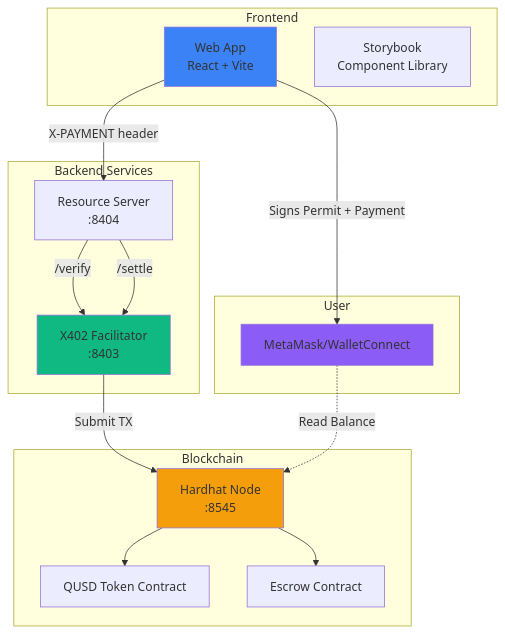
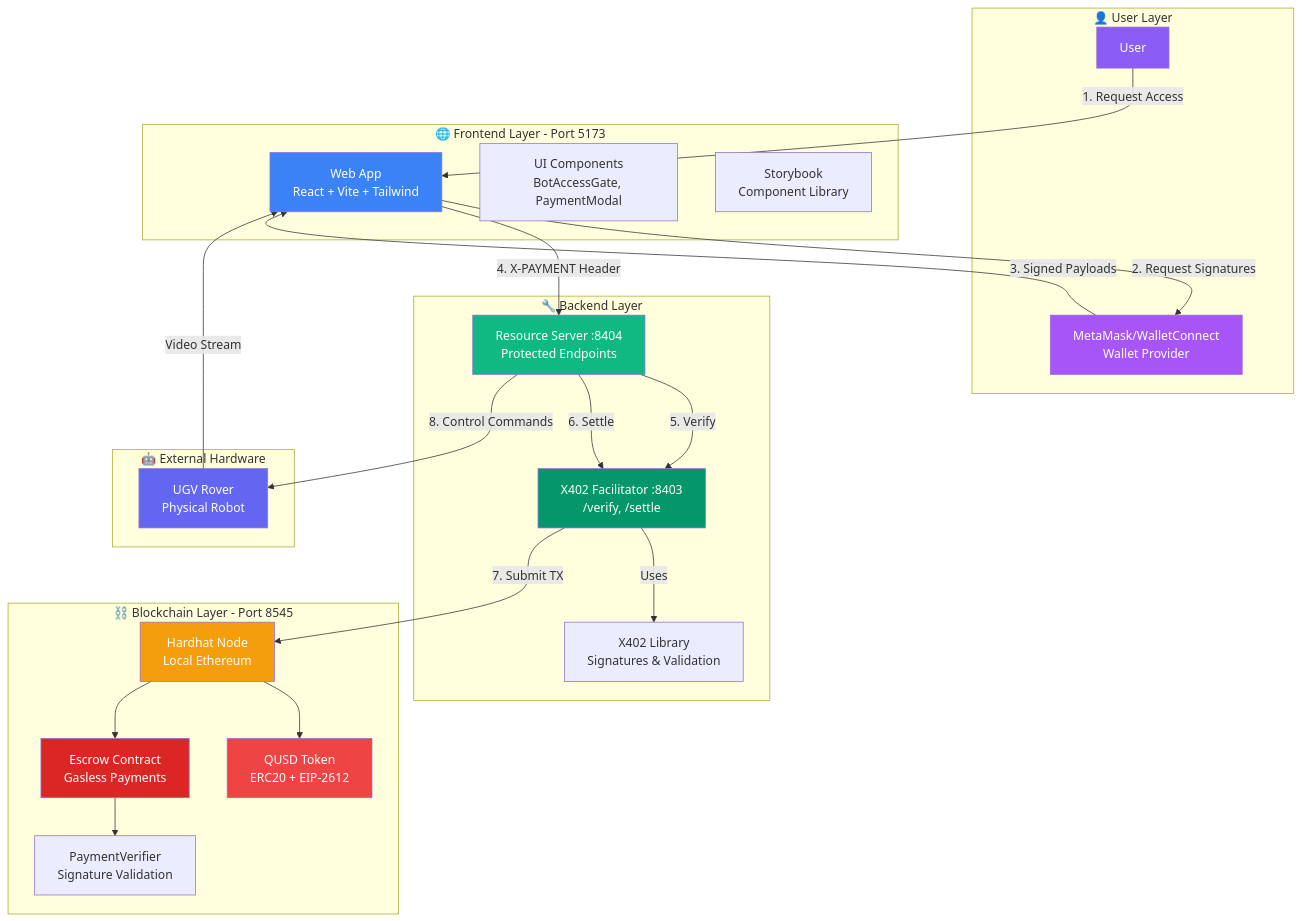
The second of 9 diagrams in README.md (superposition/paybot), drawn with Mermaid before and after one commit. The commit also changed other lines of this file and 1 other file, not shown here.

First line of the commit message:
feat: Complete X402 payment flow with facilitator and comprehensive documentation (#40)

````diff
--- a/README.md
+++ b/README.md
@@ -170,36 +66,54 @@
 ```mermaid
 graph TB
-    subgraph "Frontend"
-        Web[Web App<br/>React + Vite]
-        Storybook[Storybook<br/>Component Library]
+    subgraph "👤 User Layer"
+        User[User]
+        Wallet[MetaMask/WalletConnect<br/>Wallet Provider]
     end
 
-    subgraph "Backend Services"
-        Facilitator[X402 Facilitator<br/>:8403]
-        Resource[Resource Server<br/>:8404]
+    subgraph "🌐 Frontend Layer - Port 5173"
+        Web[Web App<br/>React + Vite + Tailwind]
+        Components[UI Components<br/>BotAccessGate, PaymentModal]
+        Stories[Storybook<br/>Component Library]
     end
 
-    subgraph "Blockchain"
-        Hardhat[Hardhat Node<br/>:8545]
-        QUSD[QUSD Token Contract]
-        Escrow[Escrow Contract]
+    subgraph "🔧 Backend Layer"
+        Resource[Resource Server :8404<br/>Protected Endpoints]
+        Facilitator[X402 Facilitator :8403<br/>/verify, /settle]
+        X402Lib[X402 Library<br/>Signatures & Validation]
     end
 
-    subgraph "User"
-        Wallet[MetaMask/WalletConnect]
+    subgraph "⛓️ Blockchain Layer - Port 8545"
+        Hardhat[Hardhat Node<br/>Local Ethereum]
+        QUSD[QUSD Token<br/>ERC20 + EIP-2612]
+        Escrow[Escrow Contract<br/>Gasless Payments]
+        Verifier[PaymentVerifier<br/>Signature Validation]
     end
 
-    Web -->|Signs Permit + Payment| Wallet
-    Web -->|X-PAYMENT header| Resource
-    Resource -->|/verify| Facilitator
-    Resource -->|/settle| Facilitator
-    Facilitator -->|Submit TX| Hardhat
+    subgraph "🤖 External Hardware"
+        Robot[UGV Rover<br/>Physical Robot]
+    end
+
+    User -->|1. Request Access| Web
+    Web -->|2. Request Signatures| Wallet
+    Wallet -->|3. Signed Payloads| Web
+    Web -->|4. X-PAYMENT Header| Resource
+    Resource -->|5. Verify| Facilitator
+    Facilitator -->|Uses| X402Lib
+    Resource -->|6. Settle| Facilitator
+    Facilitator -->|7. Submit TX| Hardhat
     Hardhat --> QUSD
     Hardhat --> Escrow
-    Wallet -.->|Read Balance| Hardhat
+    Escrow --> Verifier
+    Resource -->|8. Control Commands| Robot
+    Robot -->|Video Stream| Web
 
-    style Web fill:#3b82f6
-    style Facilitator fill:#10b981
-    style Hardhat fill:#f59e0b
-    style Wallet fill:#8b5cf6
+    style User fill:#8b5cf6,color:#fff
+    style Wallet fill:#a855f7,color:#fff
+    style Web fill:#3b82f6,color:#fff
+    style Resource fill:#10b981,color:#fff
+    style Facilitator fill:#059669,color:#fff
+    style Hardhat fill:#f59e0b,color:#fff
+    style QUSD fill:#ef4444,color:#fff
+    style Escrow fill:#dc2626,color:#fff
+    style Robot fill:#6366f1,color:#fff
 ```
````
